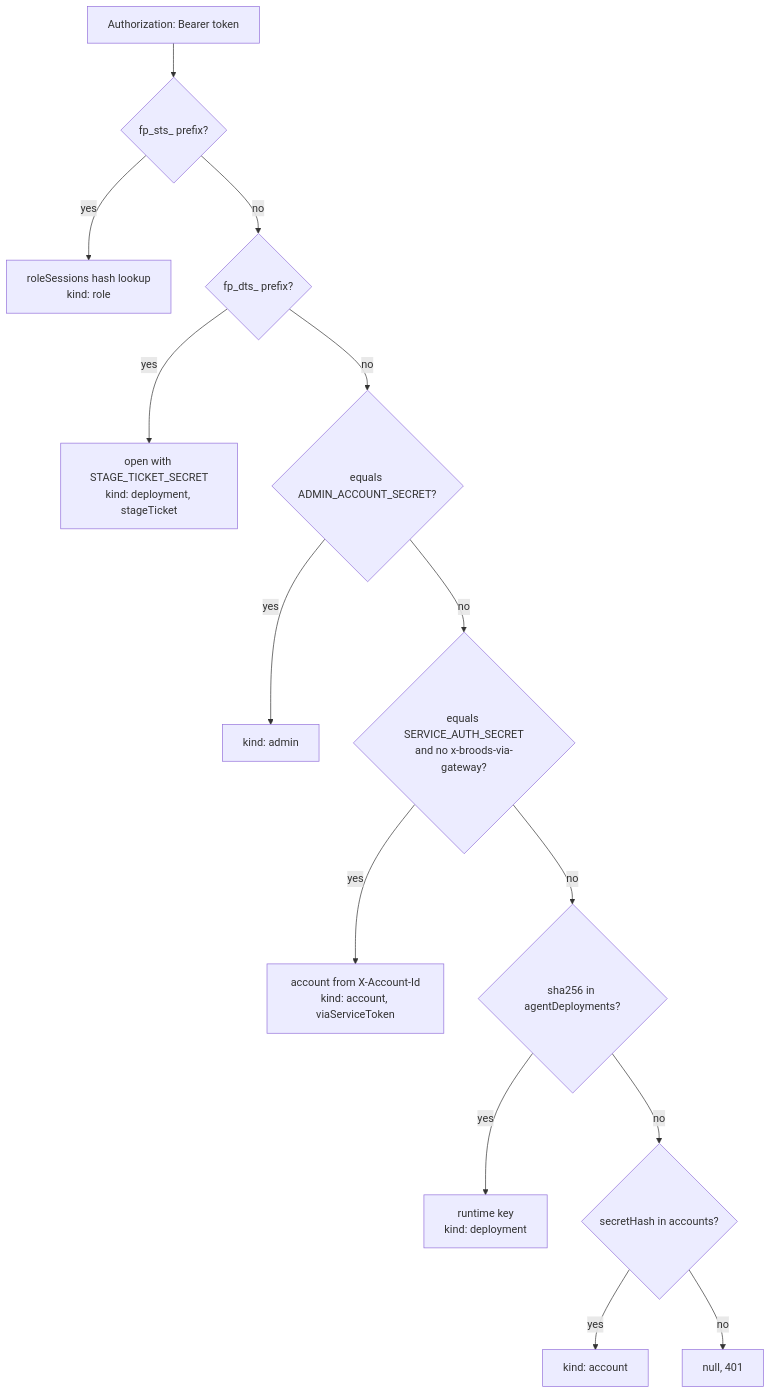
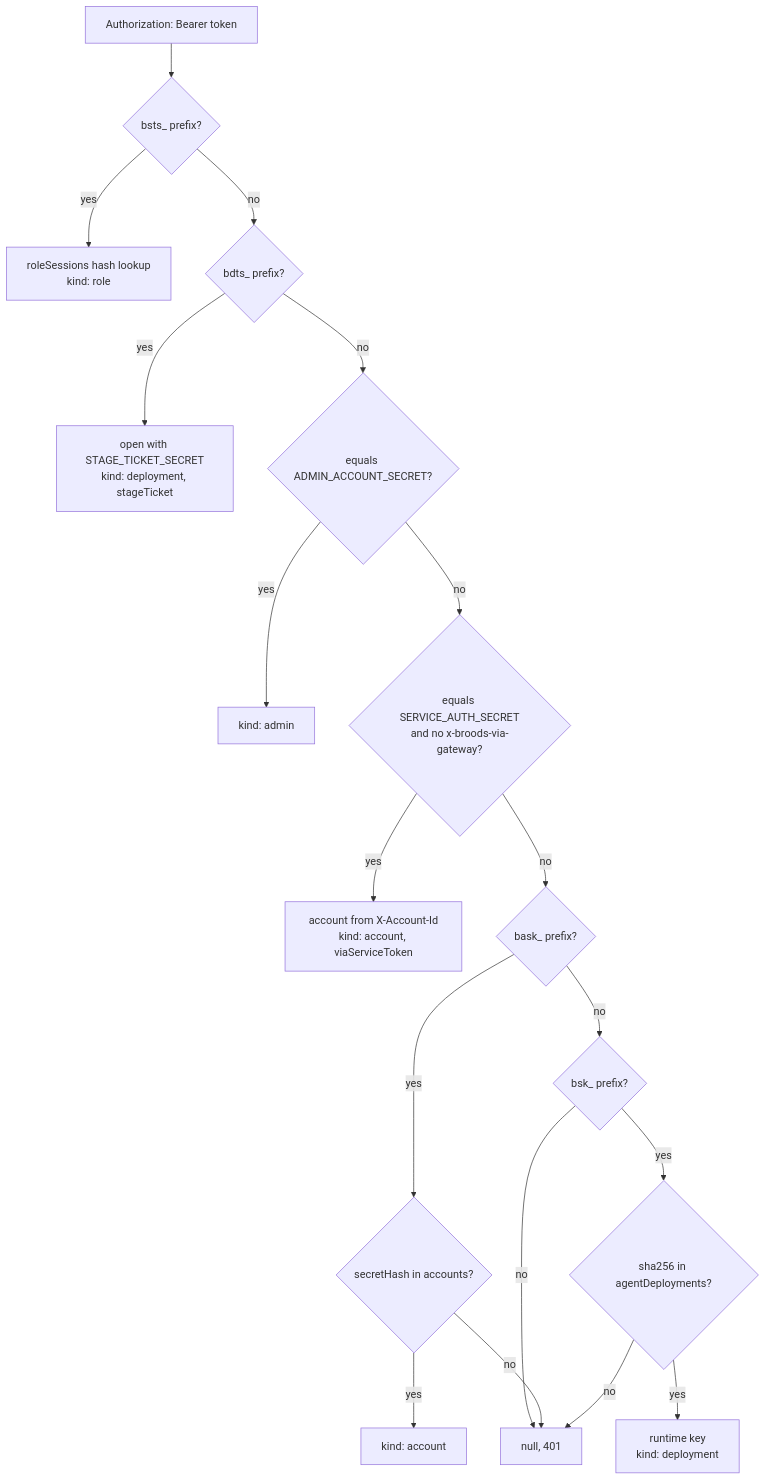
Before and after one commit to beeblastco/broods: the third of 3 diagrams in apps/docs/docs/internals/security.md, drawn with Mermaid. The commit also changed other lines of this file and 12 other files, not shown here.

````diff
--- a/apps/docs/docs/internals/security.md
+++ b/apps/docs/docs/internals/security.md
@@ -61,16 +61,20 @@
 ```mermaid
 flowchart TD
-  Bearer["Authorization: Bearer token"] --> Sts{"fp_sts_ prefix?"}
+  Bearer["Authorization: Bearer token"] --> Sts{"bsts_ prefix?"}
   Sts -->|yes| Role["roleSessions hash lookup<br/>kind: role"]
-  Sts -->|no| Dts{"fp_dts_ prefix?"}
+  Sts -->|no| Dts{"bdts_ prefix?"}
   Dts -->|yes| Ticket["open with STAGE_TICKET_SECRET<br/>kind: deployment, stageTicket"]
   Dts -->|no| Admin{"equals ADMIN_ACCOUNT_SECRET?"}
   Admin -->|yes| AdminCtx["kind: admin"]
   Admin -->|no| Svc{"equals SERVICE_AUTH_SECRET<br/>and no x-broods-via-gateway?"}
   Svc -->|yes| SvcCtx["account from X-Account-Id<br/>kind: account, viaServiceToken"]
-  Svc -->|no| Key{"sha256 in agentDeployments?"}
+  Svc -->|no| Ask{"bask_ prefix?"}
+  Ask -->|yes| Acct{"secretHash in accounts?"}
+  Acct -->|yes| AcctCtx["kind: account"]
+  Ask -->|no| Bsk{"bsk_ prefix?"}
+  Bsk -->|yes| Key{"sha256 in agentDeployments?"}
   Key -->|yes| Deploy["runtime key<br/>kind: deployment"]
-  Key -->|no| Acct{"secretHash in accounts?"}
-  Acct -->|yes| AcctCtx["kind: account"]
-  Acct -->|no| Deny["null, 401"]
+  Bsk -->|no| Deny["null, 401"]
+  Acct -->|no| Deny
+  Key -->|no| Deny
 ```
````
